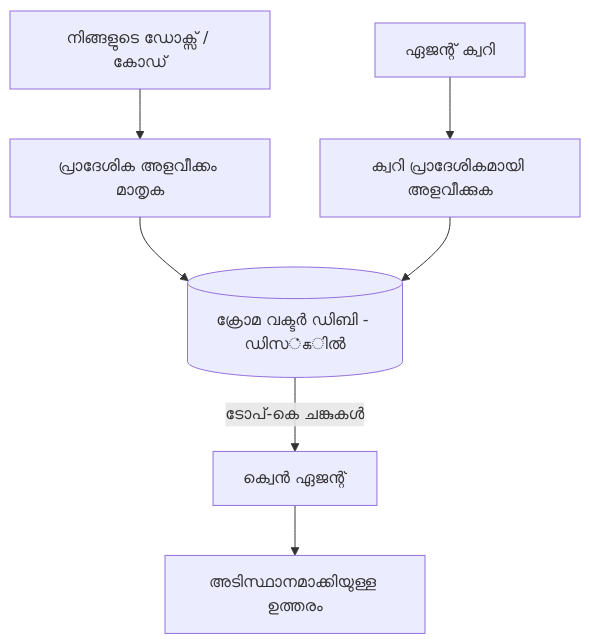
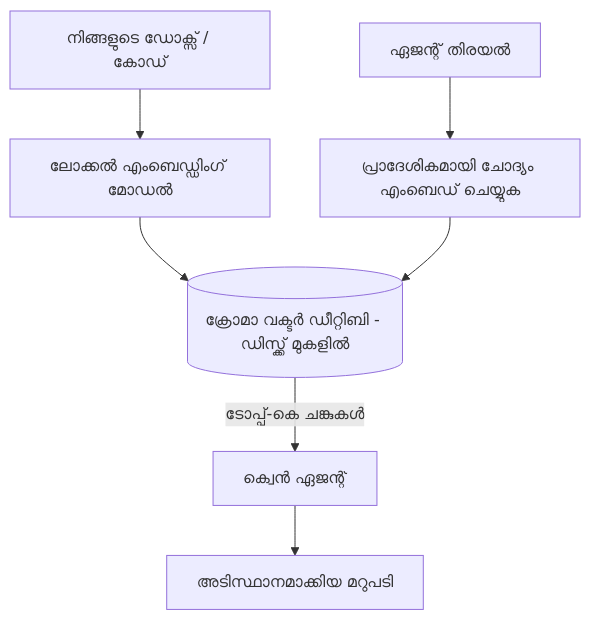
Before and after one commit to gabrielmoreira/agent-skills-mirror: the third of 4 diagrams in mirrors/repos/microsoft@ai-agents-for-beginners/translations/ml/17-creating-local-ai-agents/README.md, drawn with Mermaid. The commit also changed other lines of this file and 4262 other files, not shown here.

````diff
--- a/mirrors/repos/microsoft@ai-agents-for-beginners/translations/ml/17-creating-local-ai-agents/README.md
+++ b/mirrors/repos/microsoft@ai-agents-for-beginners/translations/ml/17-creating-local-ai-agents/README.md
@@ -125,9 +125,9 @@
 ```mermaid
 flowchart TB
-    D[നിങ്ങളുടെ ഡോക്സ് / കോഡ്] --> E[പ്രാദേശിക അളവീക്കം മാതൃക]
-    E --> V[(ക്രോമ വക്ടര്‍ ഡിബി - ഡിസ்கില്‍)]
-    Q[ഏജന്റ് ക്വറി] --> QE[ക്വറി പ്രാദേശികമായി അളവീക്കുക]
+    D[നിങ്ങളുടെ ഡോക്സ് / കോഡ്] --> E[ലോക്കൽ എംബെഡ്ഡിംഗ് മോഡൽ]
+    E --> V[(ക്രോമാ വക്ടർ ഡീറ്റിബി - ഡിസ്ക്ക് മുകളിൽ)]
+    Q[ഏജന്റ് തിരയൽ] --> QE[പ്രാദേശികമായി ചോദ്യം എംബെഡ് ചെയ്യുക]
     QE --> V
-    V -->|ടോപ്-കെ ചങ്കുകൾ| A[ക്വെന്‍ ഏജന്റ്]
-    A --> Ans[അടിസ്ഥാനമാക്കിയുള്ള ഉത്തരം]
+    V -->|ടോപ്പ്-കെ ചങ്കുകൾ| A[ക്വെൻ ഏജന്റ്]
+    A --> Ans[അടിസ്ഥാനമാക്കിയ മറുപടി]
 ```
````
